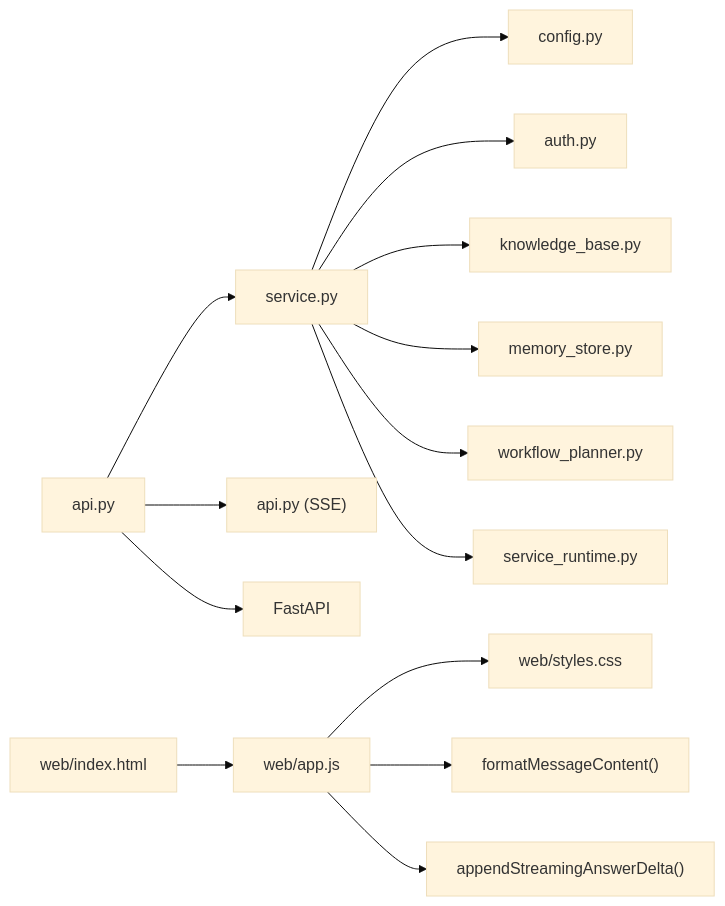
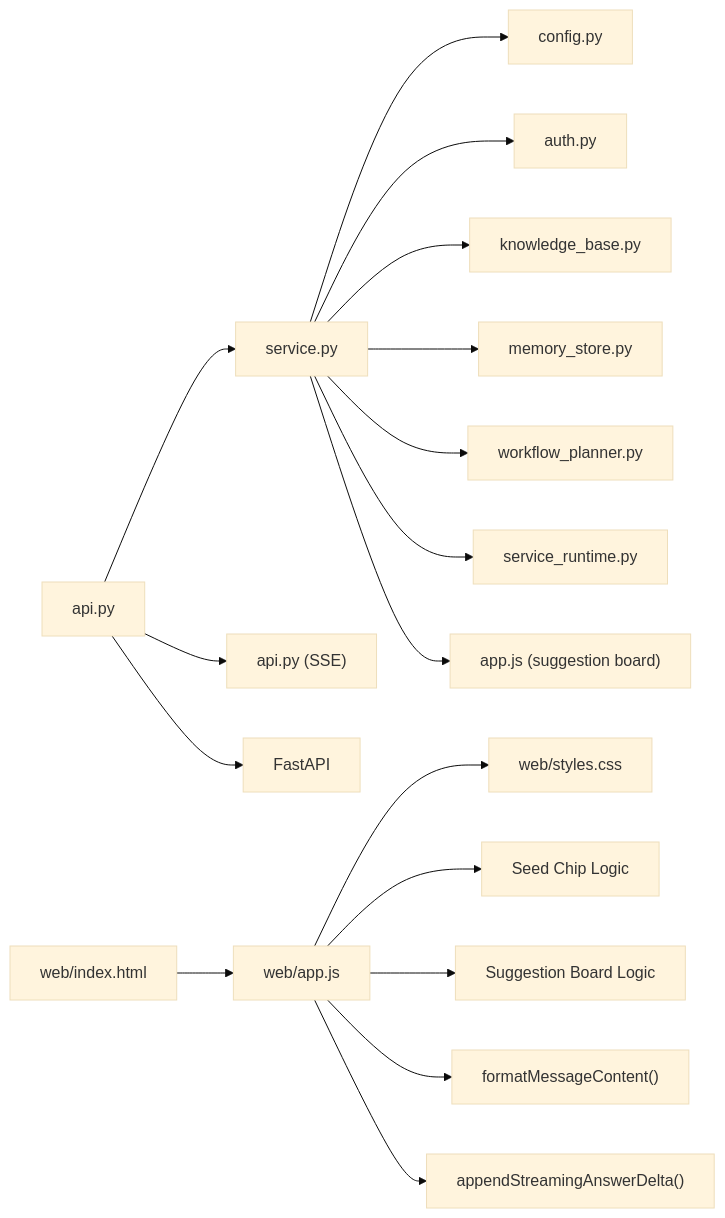
One commit to intellistream/sage-mate changed the tenth of 10 diagrams in .qoder/repowiki/en/content/Core Components/Core Components.md. Above: the diagram before and after it, drawn with Mermaid (base theme). The commit also changed other lines of this file and 115 other files, not shown here.

````diff
--- a/.qoder/repowiki/en/content/Core Components/Core Components.md
+++ b/.qoder/repowiki/en/content/Core Components/Core Components.md
@@ -600,16 +725,19 @@
 ```mermaid
 graph LR
 API["api.py"] --> SVC["service.py"]
 API --> BROKER["api.py (SSE)"]
 SVC --> CFG["config.py"]
 SVC --> AUTH["auth.py"]
 SVC --> KB["knowledge_base.py"]
 SVC --> MEM["memory_store.py"]
 SVC --> PLAN["workflow_planner.py"]
 SVC --> SRM["service_runtime.py"]
+SVC --> SUGGEST["app.js (suggestion board)"]
 API --> FASTAPI["FastAPI"]
 WEB["web/index.html"] --> APPJS["web/app.js"]
 APPJS --> STYLES["web/styles.css"]
+APPJS --> SEEDCHIPS["Seed Chip Logic"]
+APPJS --> SUGGESTLOGIC["Suggestion Board Logic"]
 APPJS --> MARKDOWN["formatMessageContent()"]
 APPJS --> STREAMING["appendStreamingAnswerDelta()"]
 ```
````
